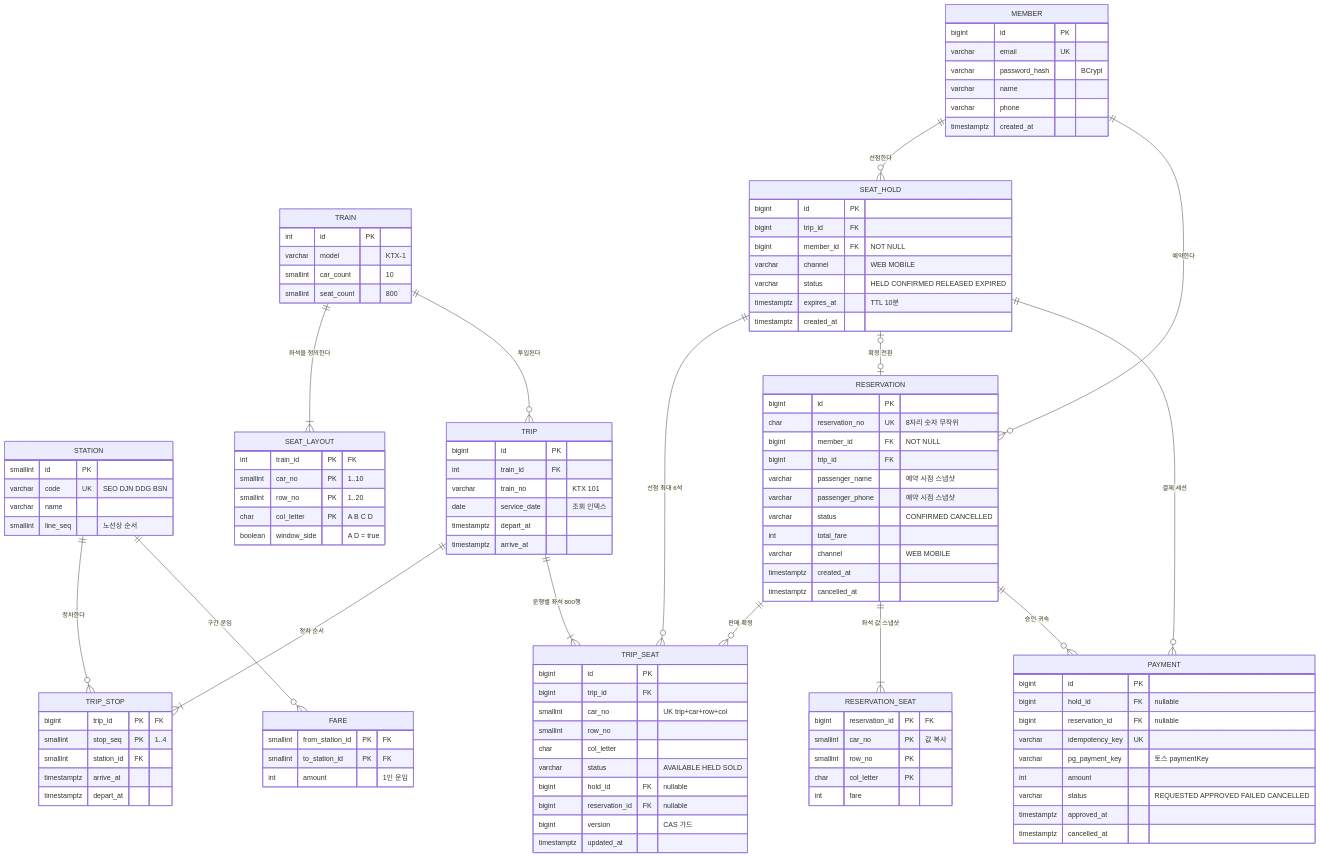
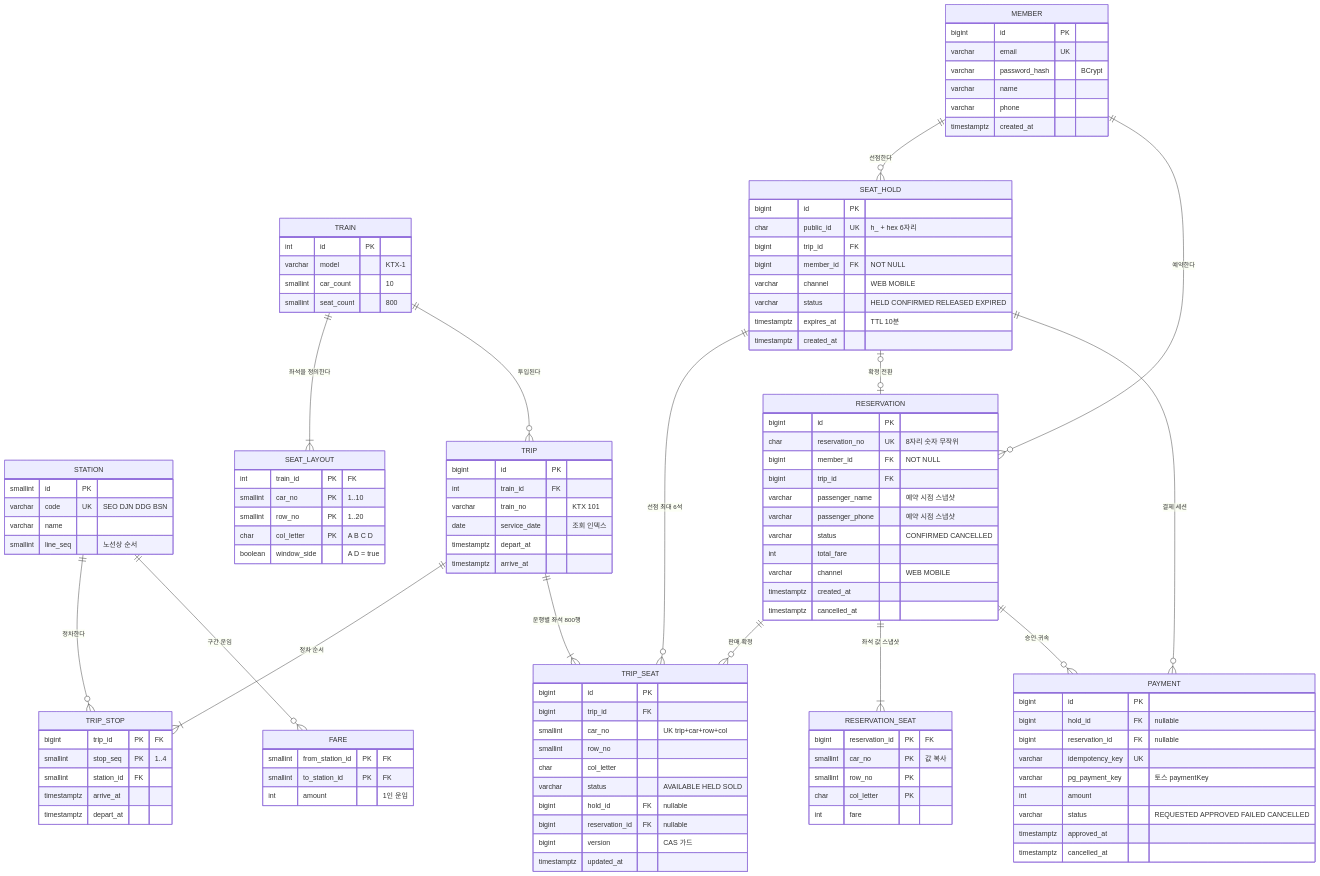
The first of 5 diagrams in docs/data.md (jomin4/pi-reservation-system), drawn with Mermaid before and after one commit. The commit also changed other lines of this file and 2 other files, not shown here.

First line of the commit message:
docs(data,api): seat_hold 에 public_id 추가 — holdId 의 출처

```diff
--- a/docs/data.md
+++ b/docs/data.md
@@ -128,6 +128,7 @@
     }
     SEAT_HOLD {
         bigint id PK
+        char public_id UK "h_ + hex 6자리"
         bigint trip_id FK
         bigint member_id FK "NOT NULL"
         varchar channel "WEB MOBILE"
```
